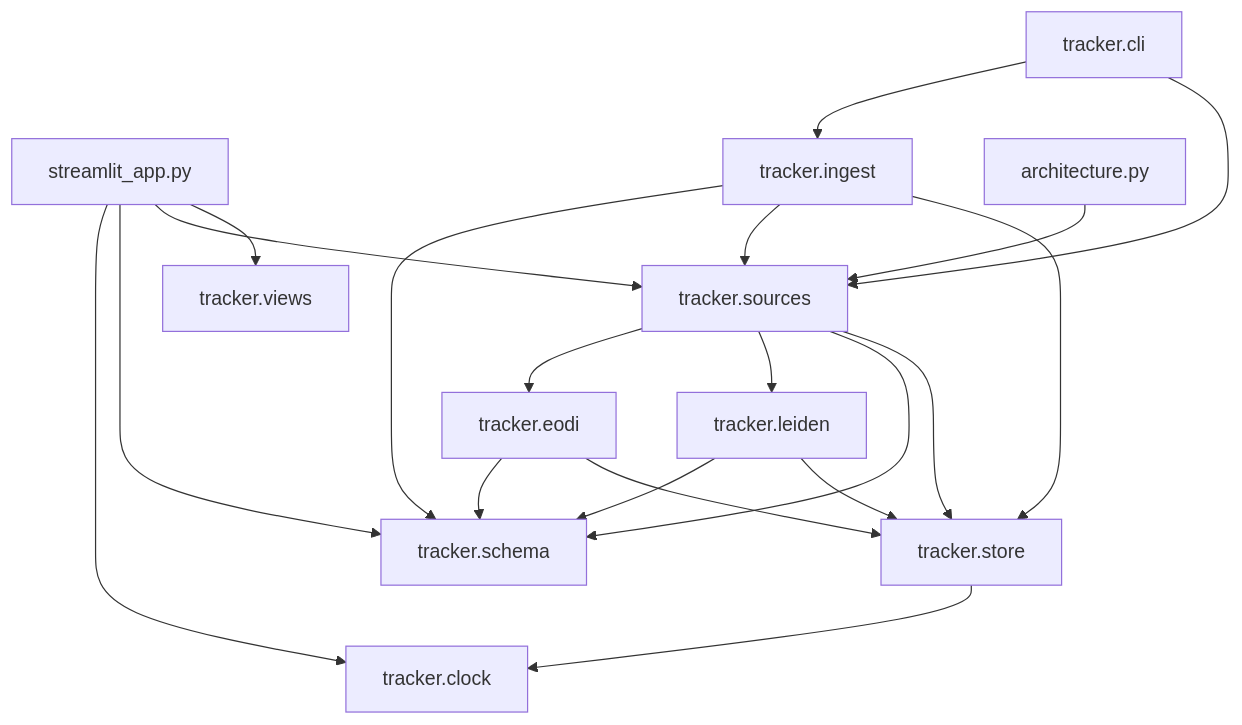
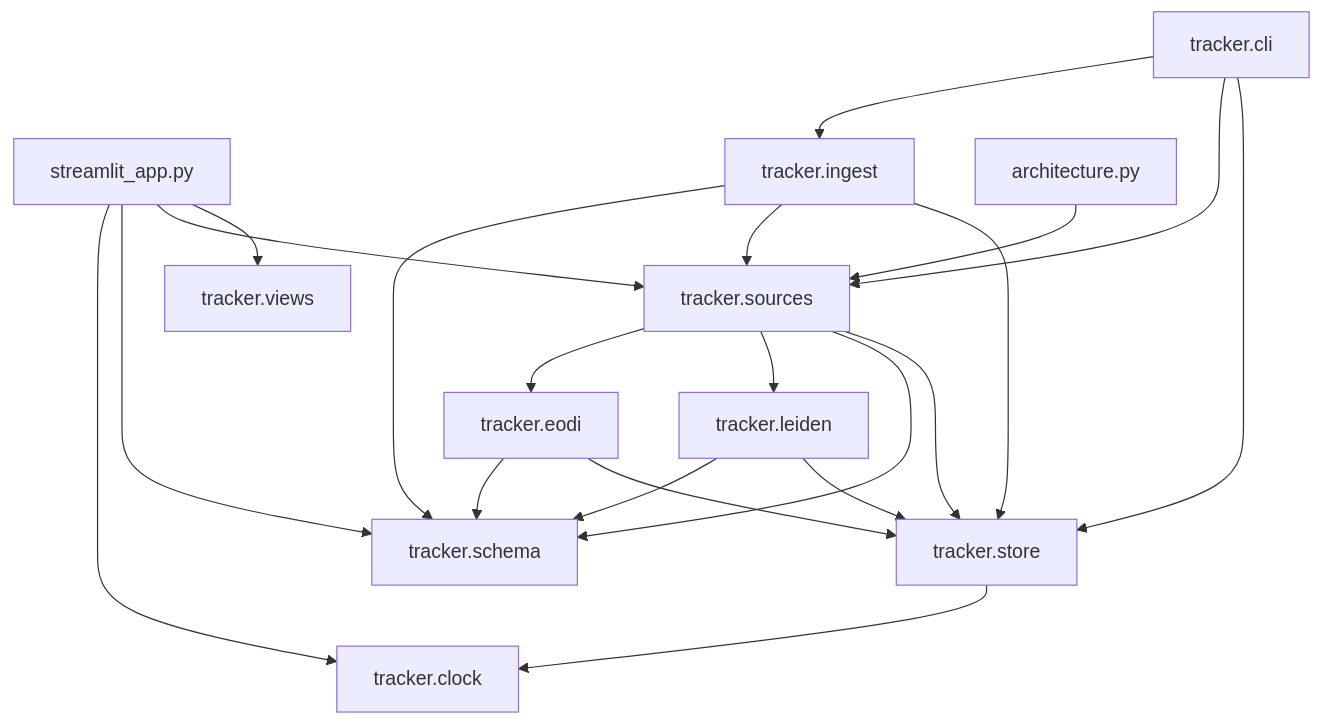
The third of 3 diagrams in docs/architecture.md (tryph0n/hybrid-tracker), drawn with Mermaid before and after one commit. The commit also changed 4 other files, not shown here.

First line of the commit message:
feat(ingest): add `tracker rebuild` to write clean tables from the raw store

````diff
--- a/docs/architecture.md
+++ b/docs/architecture.md
@@ -148,33 +148,34 @@
 ```mermaid
 flowchart TB
   module_streamlit_app_py["streamlit_app.py"]
   module_tracker_cli["tracker.cli"]
   module_tracker_clock["tracker.clock"]
   module_tracker_eodi["tracker.eodi"]
   module_tracker_ingest["tracker.ingest"]
   module_tracker_leiden["tracker.leiden"]
   module_tracker_schema["tracker.schema"]
   module_tracker_sources["tracker.sources"]
   module_tracker_store["tracker.store"]
   module_tracker_views["tracker.views"]
   module_architecture_py["architecture.py"]
   module_streamlit_app_py --> module_tracker_clock
   module_streamlit_app_py --> module_tracker_schema
   module_streamlit_app_py --> module_tracker_sources
   module_streamlit_app_py --> module_tracker_views
   module_tracker_cli --> module_tracker_ingest
   module_tracker_cli --> module_tracker_sources
+  module_tracker_cli --> module_tracker_store
   module_tracker_eodi --> module_tracker_schema
   module_tracker_eodi --> module_tracker_store
   module_tracker_ingest --> module_tracker_schema
   module_tracker_ingest --> module_tracker_sources
   module_tracker_ingest --> module_tracker_store
   module_tracker_leiden --> module_tracker_schema
   module_tracker_leiden --> module_tracker_store
   module_tracker_sources --> module_tracker_eodi
   module_tracker_sources --> module_tracker_leiden
   module_tracker_sources --> module_tracker_schema
   module_tracker_sources --> module_tracker_store
   module_tracker_store --> module_tracker_clock
   module_architecture_py --> module_tracker_sources
 ```
````
